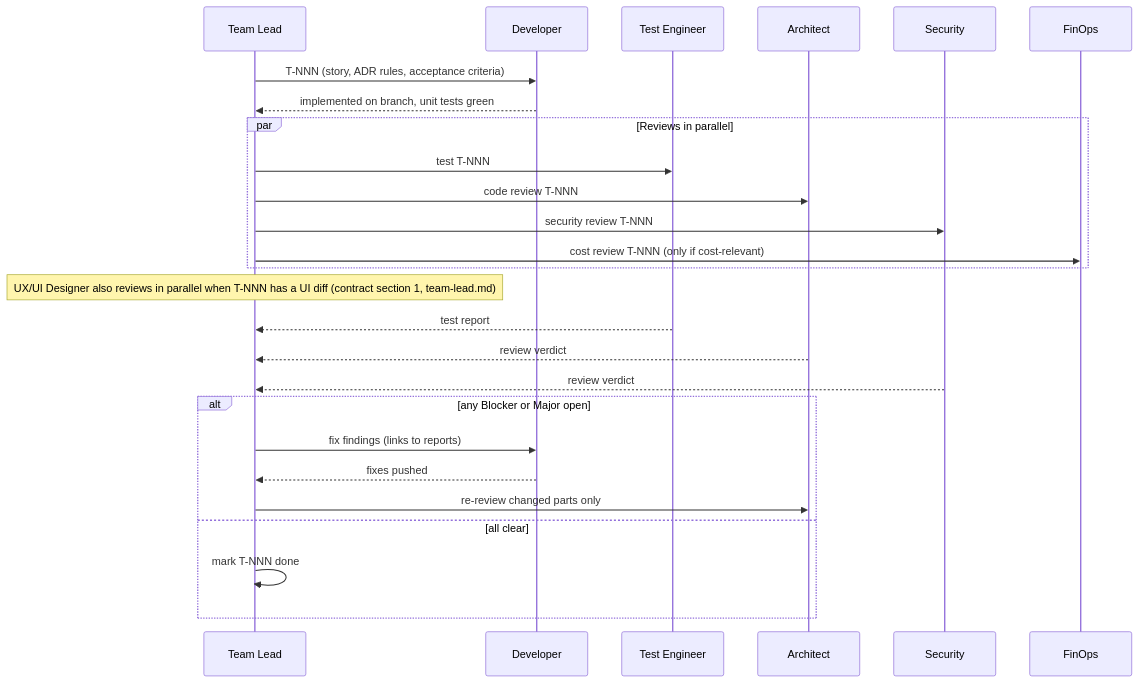
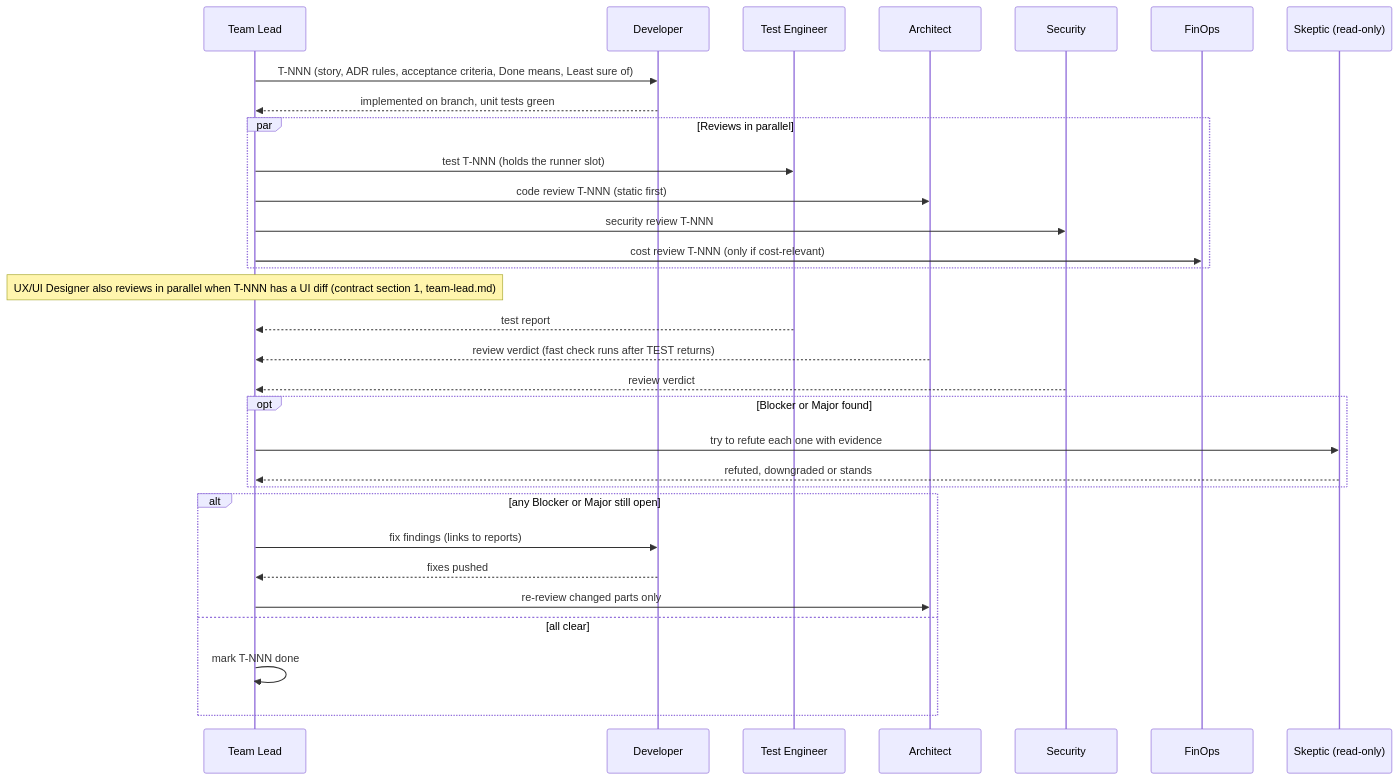
One commit to achisolomon/software-factory changed the second of 2 diagrams in reference/handoff-contract.md. Above: the diagram before and after it, drawn with Mermaid. The commit also changed other lines of this file and 28 other files, not shown here.

````diff
--- a/reference/handoff-contract.md
+++ b/reference/handoff-contract.md
@@ -51,28 +51,33 @@
 ```mermaid
 sequenceDiagram
   participant TL as Team Lead
   participant DEV as Developer
   participant TEST as Test Engineer
   participant ARCH as Architect
   participant SEC as Security
   participant FIN as FinOps
-  TL->>DEV: T-NNN (story, ADR rules, acceptance criteria)
+  participant SKP as Skeptic (read-only)
+  TL->>DEV: T-NNN (story, ADR rules, acceptance criteria, Done means, Least sure of)
   DEV-->>TL: implemented on branch, unit tests green
   par Reviews in parallel
-    TL->>TEST: test T-NNN
-    TL->>ARCH: code review T-NNN
+    TL->>TEST: test T-NNN (holds the runner slot)
+    TL->>ARCH: code review T-NNN (static first)
     TL->>SEC: security review T-NNN
     TL->>FIN: cost review T-NNN (only if cost-relevant)
   end
   Note over TL: UX/UI Designer also reviews in parallel when T-NNN has a UI diff (contract section 1, team-lead.md)
   TEST-->>TL: test report
-  ARCH-->>TL: review verdict
+  ARCH-->>TL: review verdict (fast check runs after TEST returns)
   SEC-->>TL: review verdict
-  alt any Blocker or Major open
+  opt Blocker or Major found
+    TL->>SKP: try to refute each one with evidence
+    SKP-->>TL: refuted, downgraded or stands
+  end
+  alt any Blocker or Major still open
     TL->>DEV: fix findings (links to reports)
     DEV-->>TL: fixes pushed
     TL->>ARCH: re-review changed parts only
   else all clear
     TL->>TL: mark T-NNN done
   end
 ```
````
